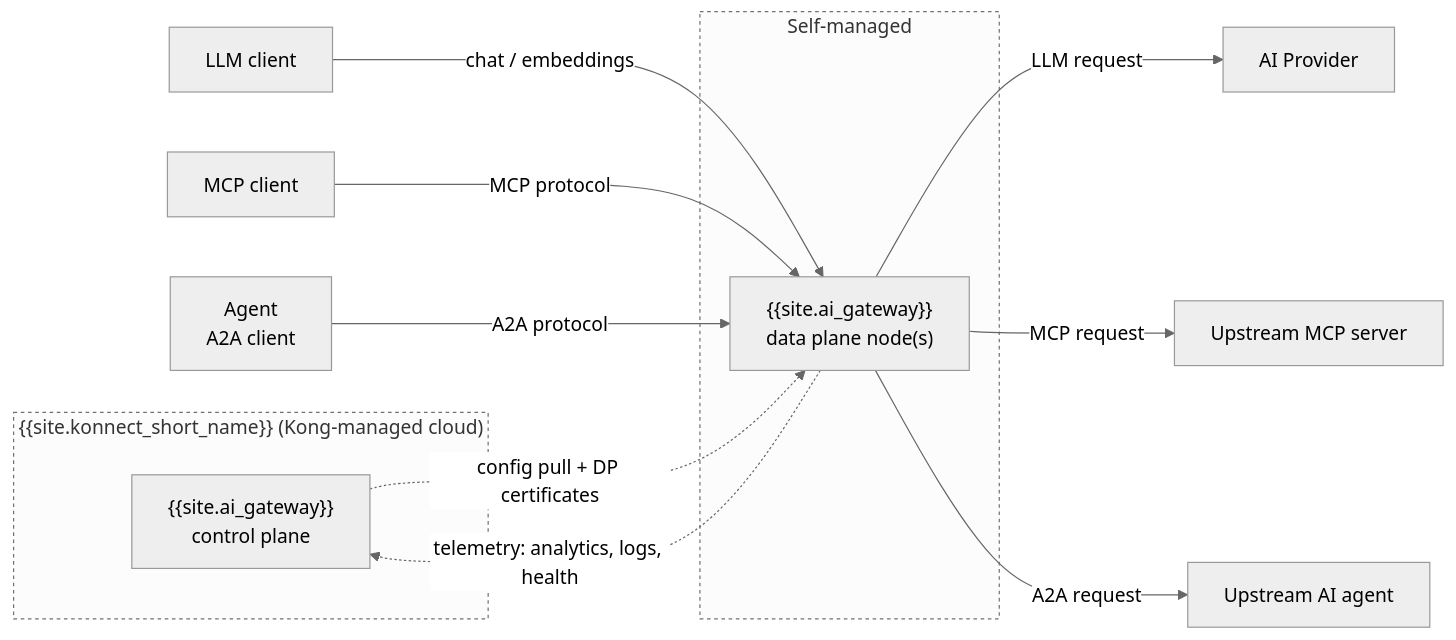
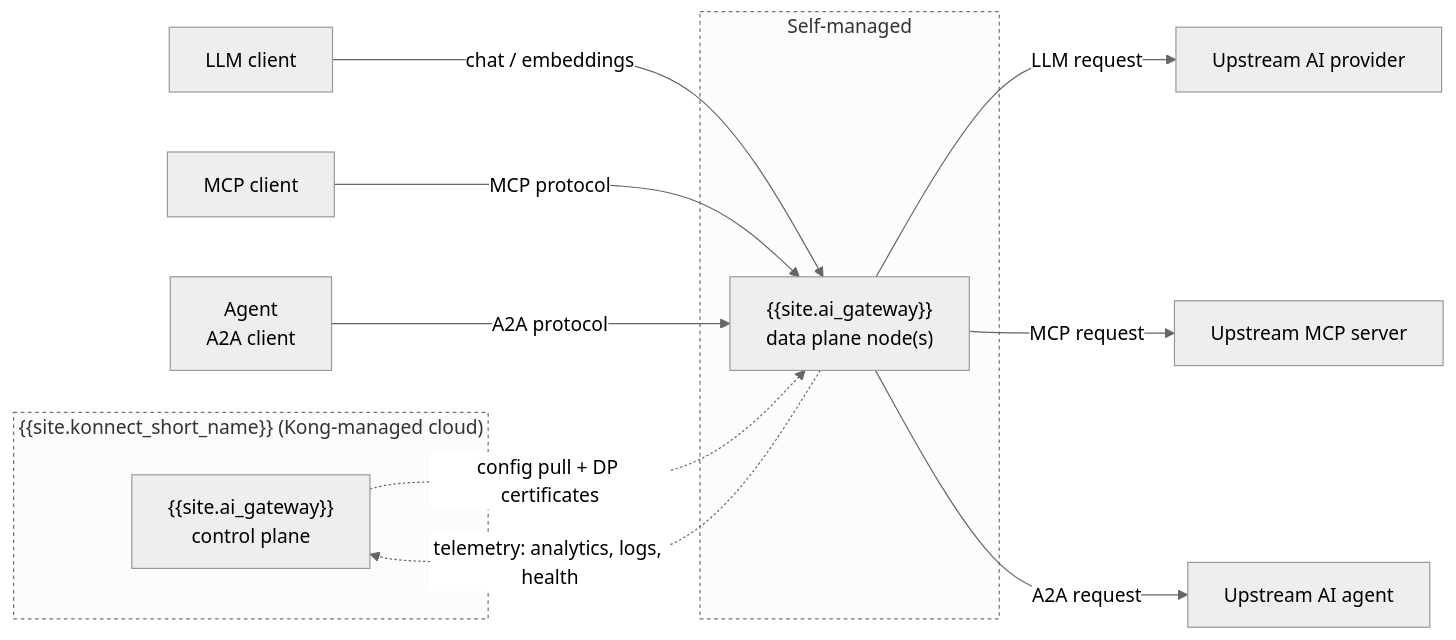
The first of 2 diagrams in app/ai-gateway/architecture.md (Kong/developer.konghq.com), drawn with Mermaid (neutral theme) before and after one commit. The commit also changed other lines of this file, not shown here.

```diff
--- a/app/ai-gateway/architecture.md
+++ b/app/ai-gateway/architecture.md
@@ -29,27 +36,27 @@
 {% mermaid %}
 
 flowchart LR
 
 subgraph Konnect["{{site.konnect_short_name}} (Kong-managed cloud)"]
   CP["{{site.ai_gateway}}<br/>control plane"]
 end
 
 LLMc["LLM client"] -->|chat / embeddings| DP
 MCPc["MCP client"] -->|MCP protocol| DP
 A2Ac["Agent<br/>A2A client"] -->|A2A protocol| DP
 
 subgraph Customer["Self-managed"]
   DP["{{site.ai_gateway}}<br/>data plane node(s)"]
 end
 
-DP -->|LLM request| Provider["AI Provider"]
+DP -->|LLM request| Provider["Upstream AI provider"]
 DP -->|MCP request| MCPs["Upstream MCP server"]
 DP -->|A2A request| Agent["Upstream AI agent"]
 
 CP -. "config pull + DP certificates" .-> DP
 DP -. "telemetry: analytics, logs, health" .-> CP
 
 style Konnect stroke-dasharray:3
 style Customer stroke-dasharray:3
 
 {% endmermaid %}
```
